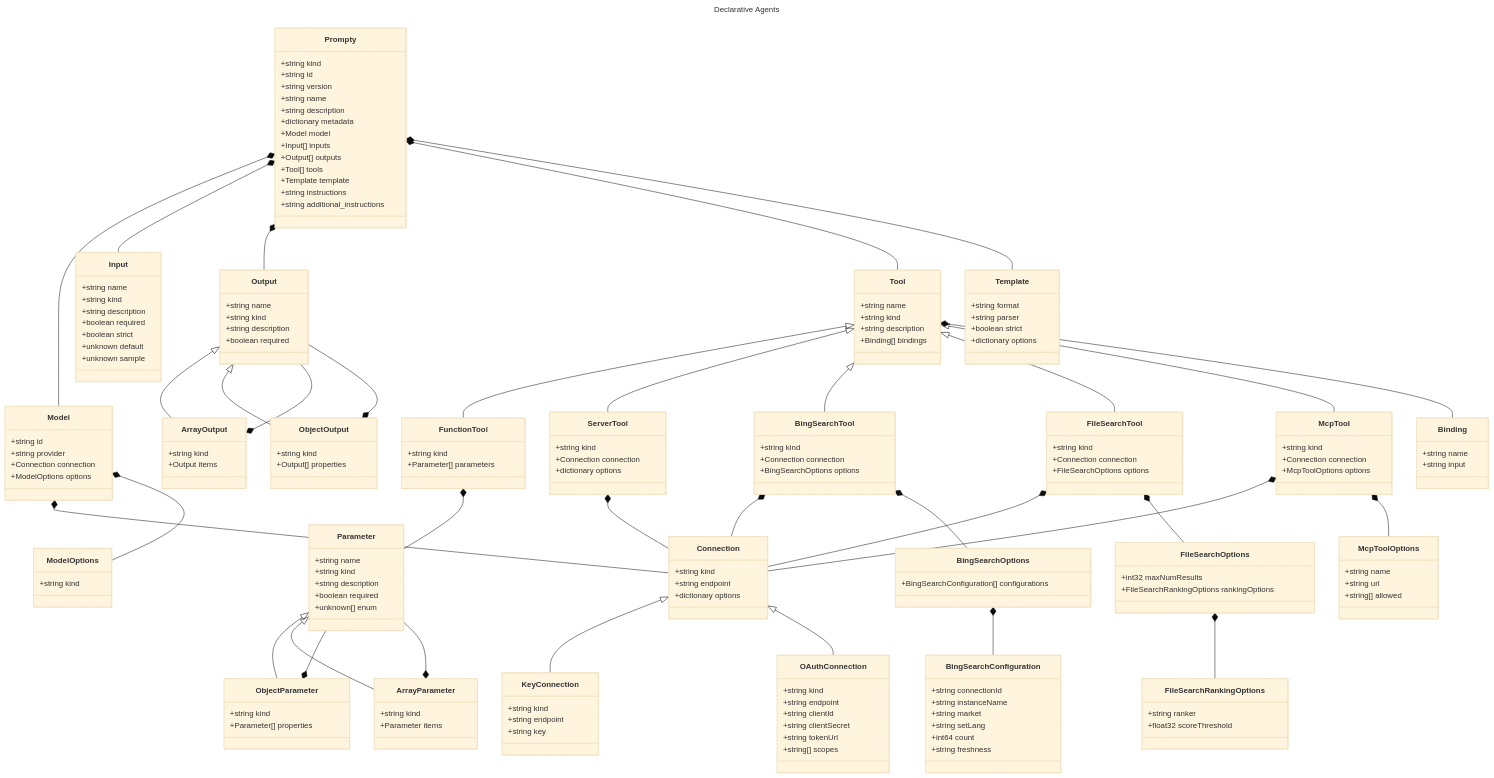
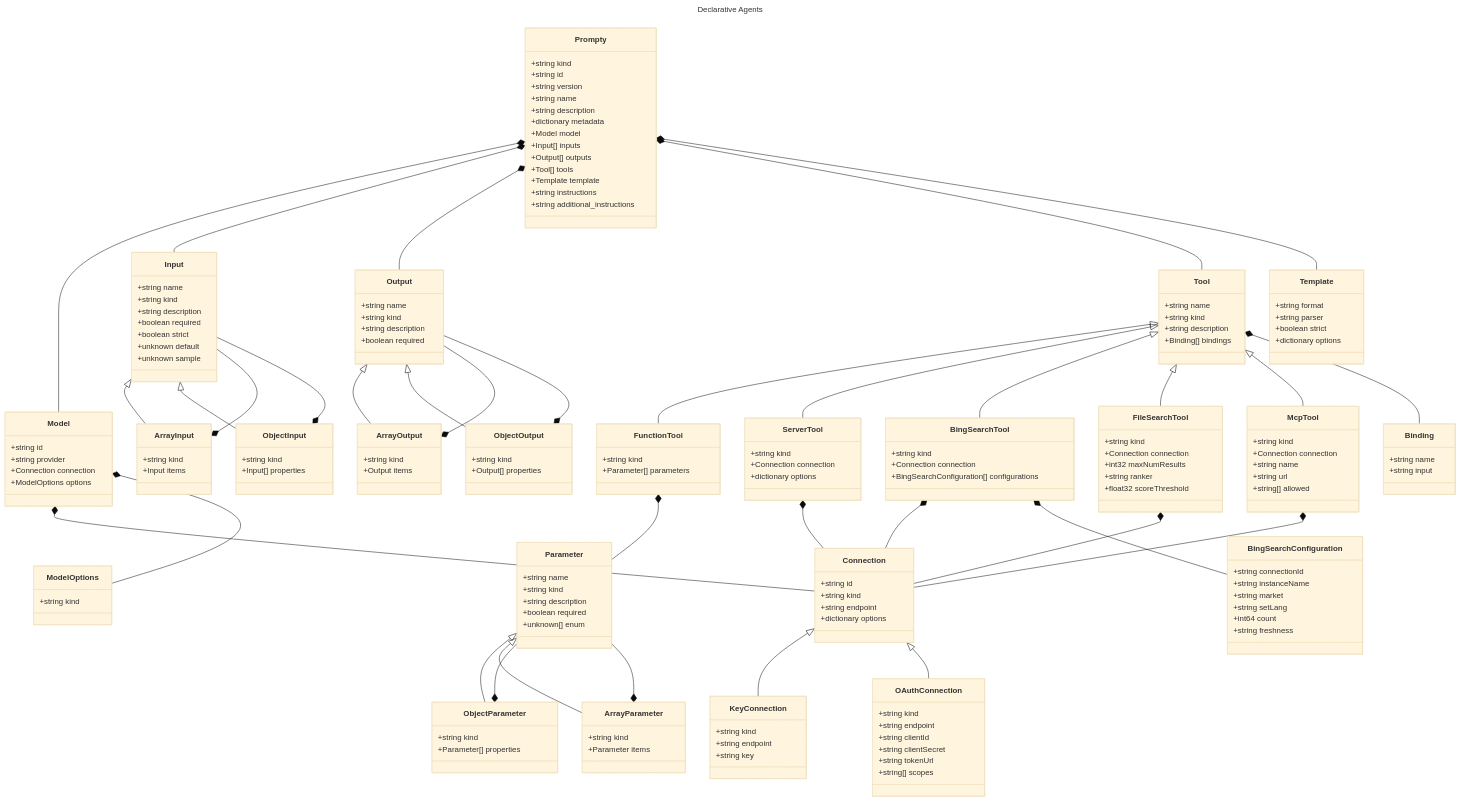
One commit to microsoft/prompty changed the diagram in specification/prompty/docs/README.md. Above: the diagram before and after it, drawn with Mermaid (base theme). The commit also changed 14 other files, not shown here.

```diff
--- a/specification/prompty/docs/README.md
+++ b/specification/prompty/docs/README.md
@@ -9,6 +9,7 @@
 ---
 classDiagram
     class Connection {
+        +string id
         +string kind
         +string endpoint
         +dictionary options
@@ -43,6 +44,14 @@
         +boolean strict
         +unknown default
         +unknown sample
+    }
+    class ObjectInput {
+        +string kind
+        +Input[] properties
+    }
+    class ArrayInput {
+        +string kind
+        +Input items
     }
     class Output {
         +string name
@@ -100,36 +109,24 @@
         +int64 count
         +string freshness
     }
-    class BingSearchOptions {
-        +BingSearchConfiguration[] configurations
-    }
     class BingSearchTool {
         +string kind
         +Connection connection
-        +BingSearchOptions options
-    }
-    class FileSearchRankingOptions {
-        +string ranker
-        +float32 scoreThreshold
-    }
-    class FileSearchOptions {
-        +int32 maxNumResults
-        +FileSearchRankingOptions rankingOptions
+        +BingSearchConfiguration[] configurations
     }
     class FileSearchTool {
         +string kind
         +Connection connection
-        +FileSearchOptions options
-    }
-    class McpToolOptions {
-        +string name
-        +string url
-        +string[] allowed
+        +int32 maxNumResults
+        +string ranker
+        +float32 scoreThreshold
     }
     class McpTool {
         +string kind
         +Connection connection
-        +McpToolOptions options
+        +string name
+        +string url
+        +string[] allowed
     }
     class Template {
         +string format
@@ -154,6 +151,8 @@
     }
     Connection <|-- KeyConnection
     Connection <|-- OAuthConnection
+    Input <|-- ArrayInput
+    Input <|-- ObjectInput
     Output <|-- ArrayOutput
     Output <|-- ObjectOutput
     Tool <|-- FunctionTool
@@ -165,6 +164,8 @@
     Parameter <|-- ArrayParameter
     Model *-- Connection
     Model *-- ModelOptions
+    ObjectInput *-- Input
+    ArrayInput *-- Input
     ObjectOutput *-- Output
     ArrayOutput *-- Output
     Tool *-- Binding
@@ -172,14 +173,10 @@
     ObjectParameter *-- Parameter
     FunctionTool *-- Parameter
     ServerTool *-- Connection
-    BingSearchOptions *-- BingSearchConfiguration
     BingSearchTool *-- Connection
-    BingSearchTool *-- BingSearchOptions
-    FileSearchOptions *-- FileSearchRankingOptions
+    BingSearchTool *-- BingSearchConfiguration
     FileSearchTool *-- Connection
-    FileSearchTool *-- FileSearchOptions
     McpTool *-- Connection
-    McpTool *-- McpToolOptions
     Prompty *-- Model
     Prompty *-- Input
     Prompty *-- Output
```
